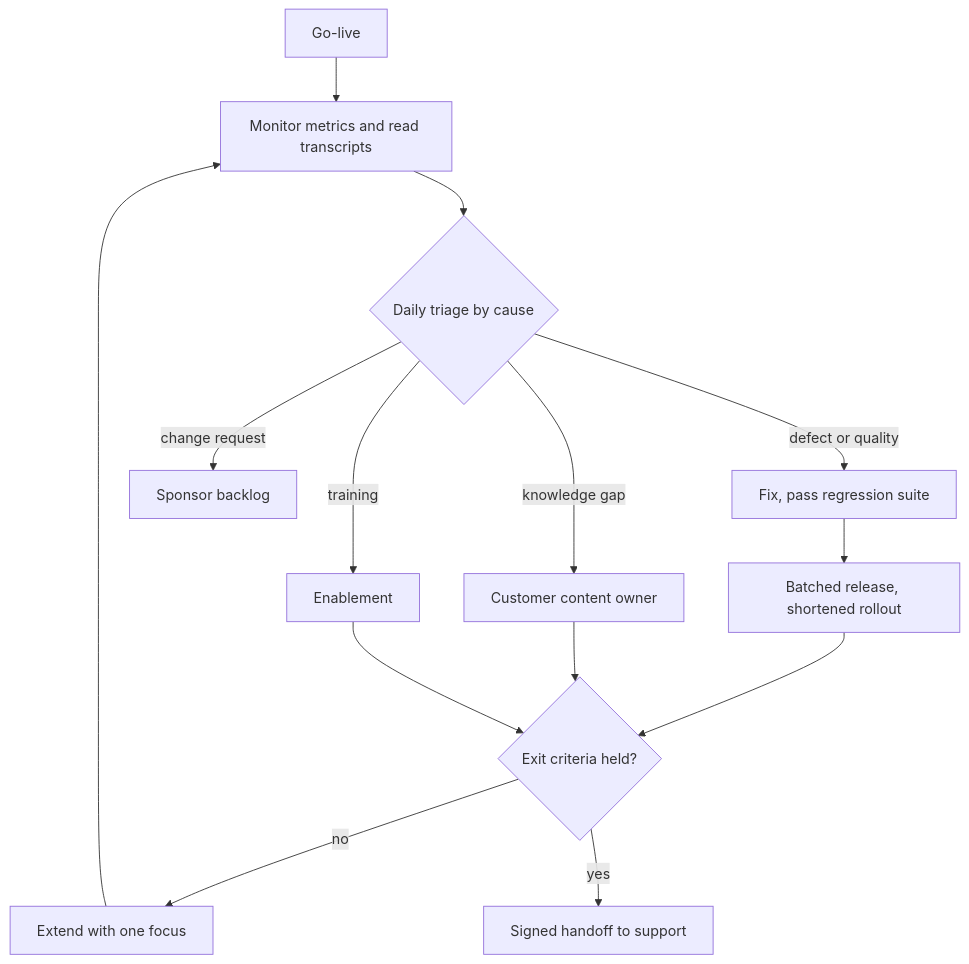
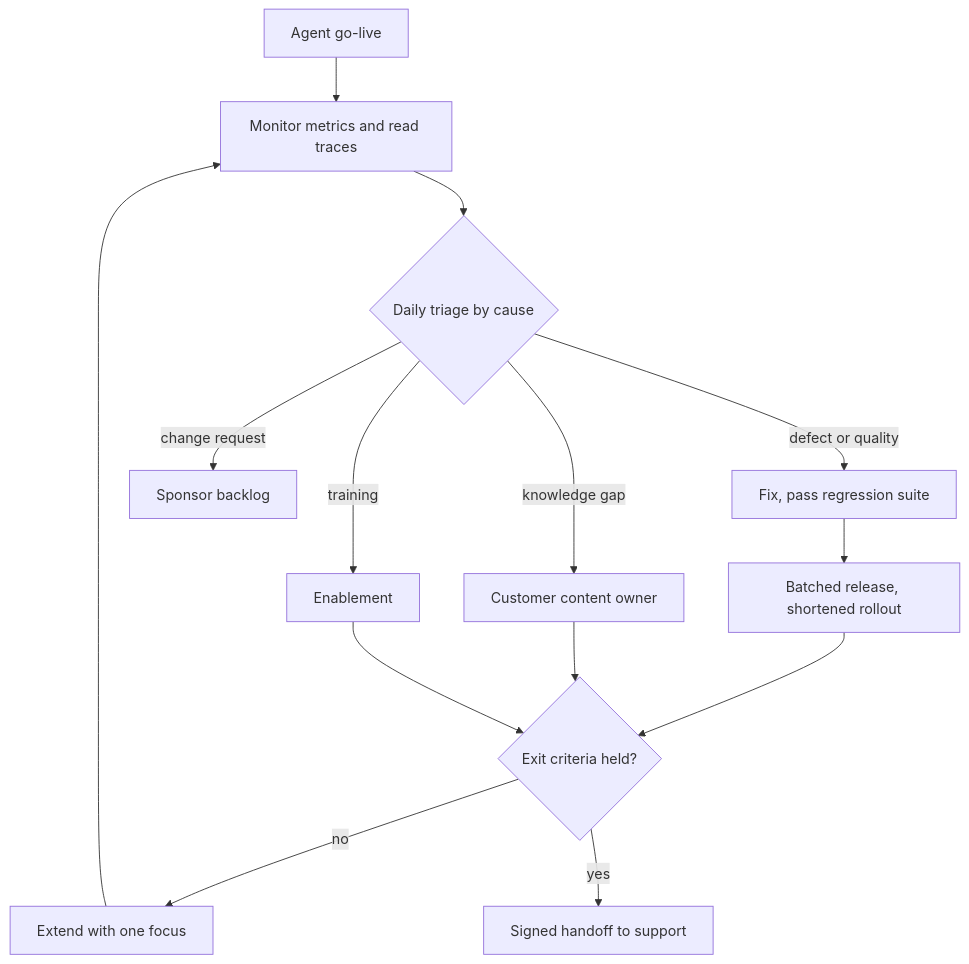
The diagram in content/deployment/hypercare.md (lovishmahajan97/agentic-learning), drawn with Mermaid before and after one commit. The commit also changed other lines of this file and 454 other files, not shown here.

````diff
--- a/content/deployment/hypercare.md
+++ b/content/deployment/hypercare.md
@@ -98,16 +115,16 @@
 ```mermaid
 flowchart TD
-    G["Go-live"] --> M["Monitor metrics and read transcripts"]
+    G["Agent go-live"] --> M["Monitor metrics and read traces"]
     M --> T{"Daily triage by cause"}
     T -->|"defect or quality"| F["Fix, pass regression suite"]
     T -->|"knowledge gap"| K["Customer content owner"]
     T -->|"training"| EN["Enablement"]
     T -->|"change request"| SP["Sponsor backlog"]
     F --> R["Batched release, shortened rollout"]
     R --> X{"Exit criteria held?"}
     K --> X
     EN --> X
     X -->|"no"| EXT["Extend with one focus"]
     EXT --> M
     X -->|"yes"| H["Signed handoff to support"]
 ```
````
